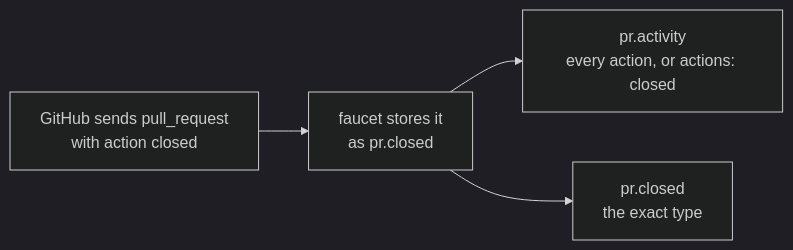
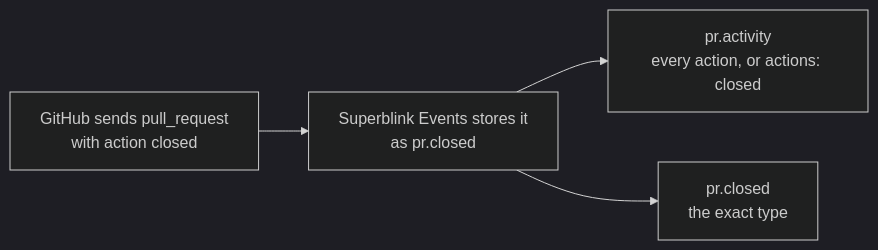
Before and after one commit to coder/superblink-events: the diagram in docs/events.md, drawn with Mermaid (dark theme). The commit also changed other lines of this file and 218 other files, not shown here.

First line of the commit message:
docs: rename faucet to Superblink Events and the module to github.com/coder/superblink-events (#81)

````diff
--- a/docs/events.md
+++ b/docs/events.md
@@ -5,6 +5,6 @@
 ```mermaid
 flowchart LR
-    hook["GitHub sends pull_request<br/>with action closed"] --> stored["faucet stores it<br/>as pr.closed"]
+    hook["GitHub sends pull_request<br/>with action closed"] --> stored["Superblink Events stores it<br/>as pr.closed"]
     stored --> family["pr.activity<br/>every action, or actions: closed"]
     stored --> exact["pr.closed<br/>the exact type"]
 ```
````
